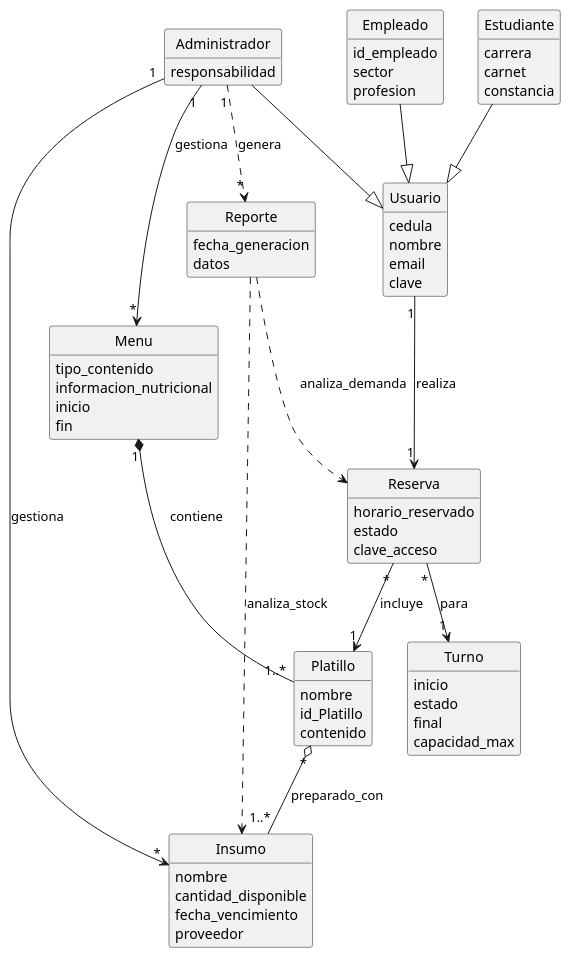
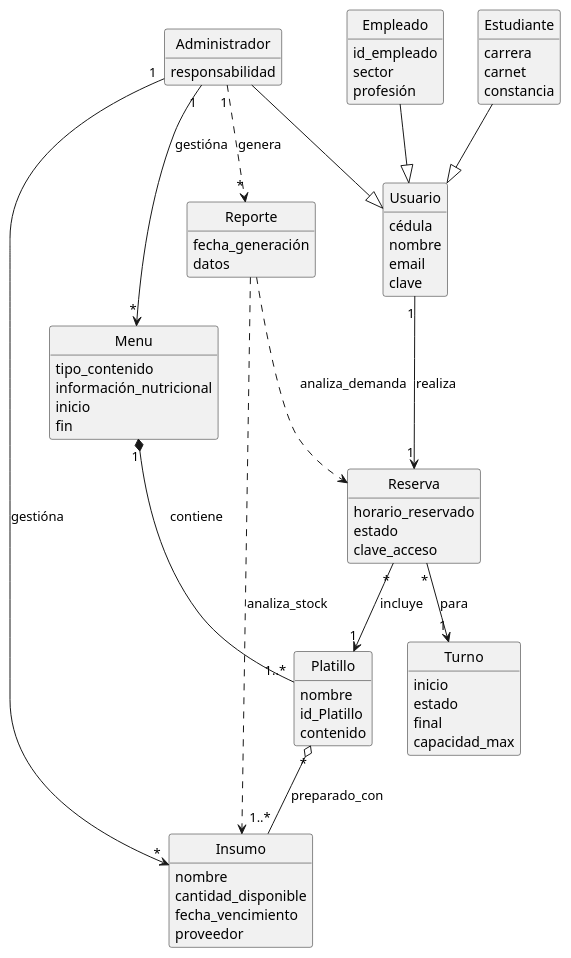
Before and after one commit to ARUSG178/proyecto-comedor-2-2025-grupo-12: the diagram in docs/modelo_dominio.puml, drawn with PlantUML.

Commit message:
Arreglando acentos

```diff
--- a/docs/modelo_dominio.puml
+++ b/docs/modelo_dominio.puml
@@ -1,116 +1,116 @@
 @startuml Modelo_Dominio_Final
 
     '-- ACOMODAR Y LIMPIAR EL MODELO --
     
     hide circle
     hide methods
 
     '-- CLASES -> PERSONAS --
 
     'Clase Padre Principal
     class Usuario {
-        cedula
+        cédula
         nombre
         email
         clave
     }
 
     'Diferentes tipos de Usuarios
     Class Estudiante {
         carrera
         carnet
         constancia
     }
 
     Class Empleado {
         id_empleado
         sector
-        profesion
+        profesión
     }
 
     Class Administrador {
         responsabilidad
     }
 
     '-- CLASES -> COMEDOR
 
     ' Menu que rota semanalmente
     class Menu {
         'Tipo de contenido clasifica: Desayuno, almuerzo, cena
         tipo_contenido
-        informacion_nutricional
+        información_nutricional
         inicio
         fin
     }
 
     ' Insumo que llega para preparar los platillos
     class Insumo {
         nombre
         cantidad_disponible
         fecha_vencimiento
         proveedor
     }
 
     ' Comida hecha de los insumos la cual se mostrará como opción en el menú
     class Platillo {
         nombre
         id_Platillo
         contenido
     }
 
     ' Turno en los cuales las comidas cambian y abren nuevas capacidades para personas
     class Turno {
         inicio
         'Disponibilidad o no
         estado
         final
         capacidad_max
     }
 
     ' Reporte que el Administrador realiza en donde figura consumo diario, reportes de demanda y planificación
     class Reporte {
-        fecha_generacion
+        fecha_generación
         datos
     }
 
     ' Reserva que realiza un Usuario durante un Turno
     class Reserva {
         horario_reservado
         'El estado refiere si está vigente, cancelada o ya ha sido canjeada
         estado
         'Código que verifica que el usuario fue quien obtuvo el platillo
         clave_acceso
     }
 
-    ' --- RELACIONES ---
+    ' --- RELACIóNES ---
 
     ' Herencia
     Estudiante --|> Usuario
     Empleado --|> Usuario
     Administrador --|> Usuario
 
-    ' El Administrador gestiona menús semanales, insumos y genera reportes 
-    Administrador "1" --> "*" Menu : gestiona
-    Administrador "1" --> "*" Insumo : gestiona
+    ' El Administrador gestióna menús semanales, insumos y genera reportes 
+    Administrador "1" --> "*" Menu : gestióna
+    Administrador "1" --> "*" Insumo : gestióna
     Administrador "1" ..> "*" Reporte : genera
 
     ' Un menú se compone de varios platillos disponibles para esa semana 
     Menu "1" *-- "1..*" Platillo : contiene
     
     ' Un platillo requiere insumos para prepararse
     Platillo "*" o-- "1..*" Insumo : preparado_con
 
     ' El usuario hace la reserva, una por persona
     Usuario "1" --> "1" Reserva : realiza
 
     ' Una reserva corresponde a un Turno específico, controla el acceso 
     Reserva "*" --> "1" Turno : para
 
     ' Una reserva suele ser por un platillo
     Reserva "*" --> "1" Platillo : incluye
 
     ' El reporte se basa en los datos de las reservas/consumos y el inventario 
     Reporte ..> Reserva : analiza_demanda
     Reporte ..> Insumo : analiza_stock
 
 @enduml
```
